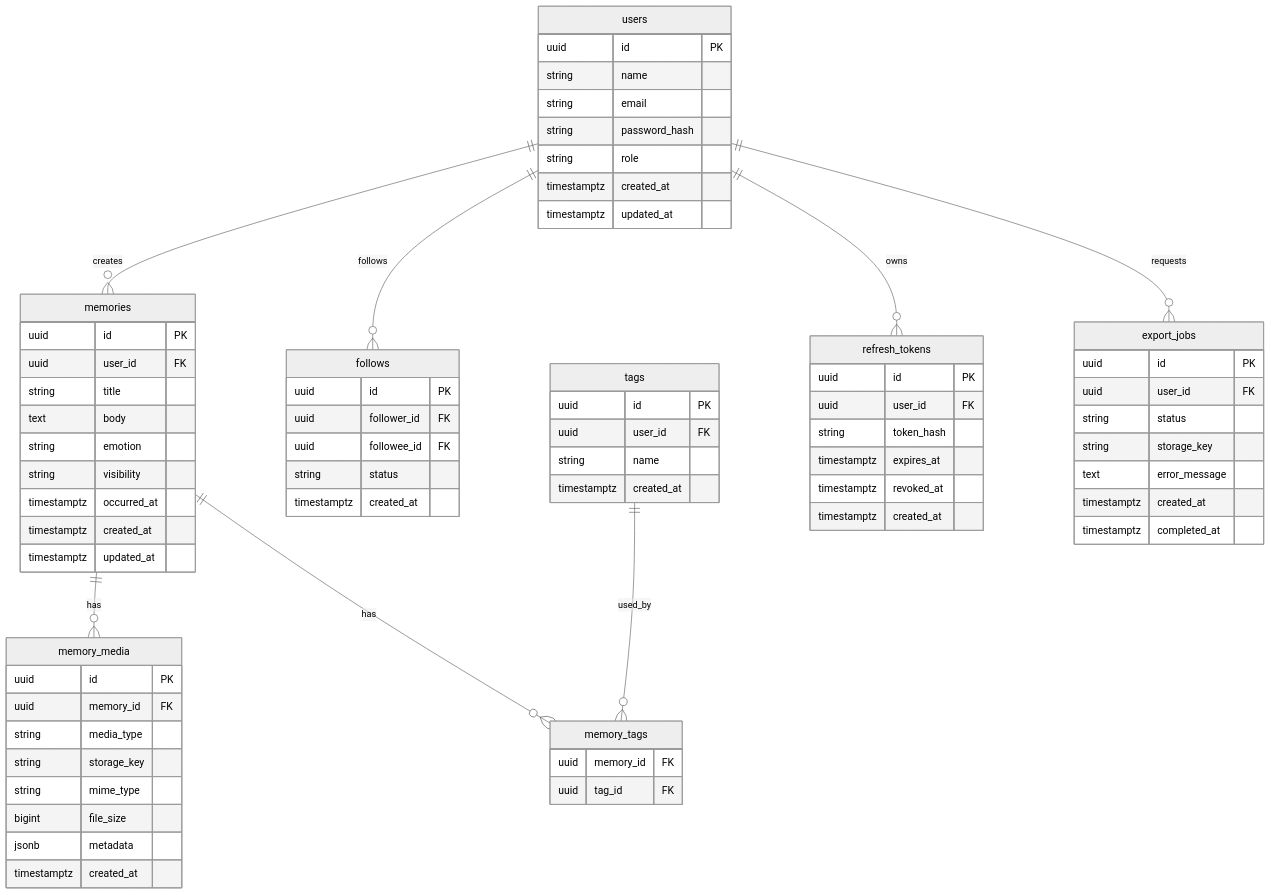
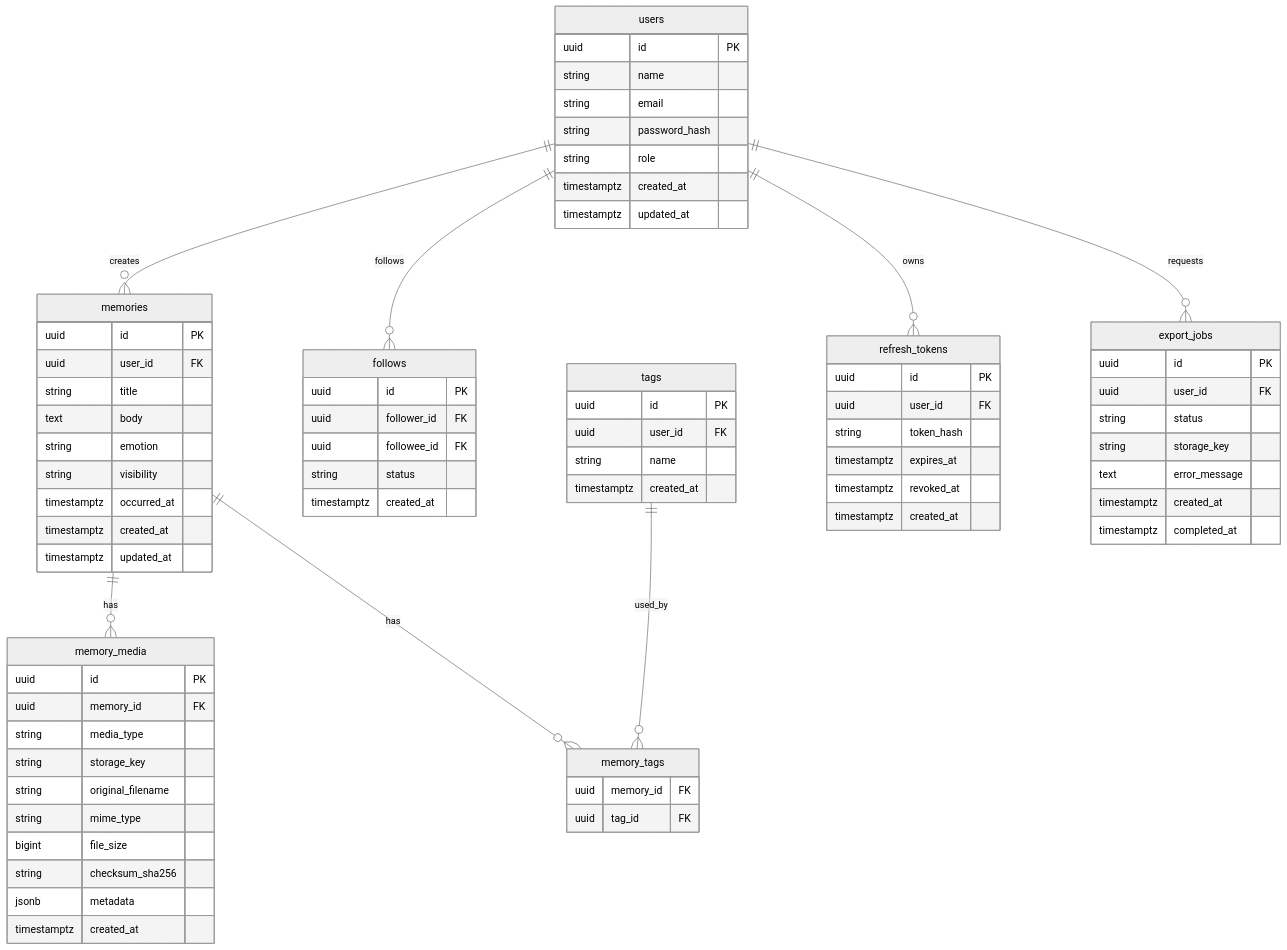
One commit to Electric-Sheep-team6/backend changed the diagram in doc/basic_design/db_schema.md. Above: the diagram before and after it, drawn with Mermaid (neutral theme). The commit also changed other lines of this file and 4 other files, not shown here.

```diff
--- a/doc/basic_design/db_schema.md
+++ b/doc/basic_design/db_schema.md
@@ -47,8 +49,10 @@
     uuid memory_id FK
     string media_type
     string storage_key
+    string original_filename
     string mime_type
     bigint file_size
+    string checksum_sha256
     jsonb metadata
     timestamptz created_at
   }
```
